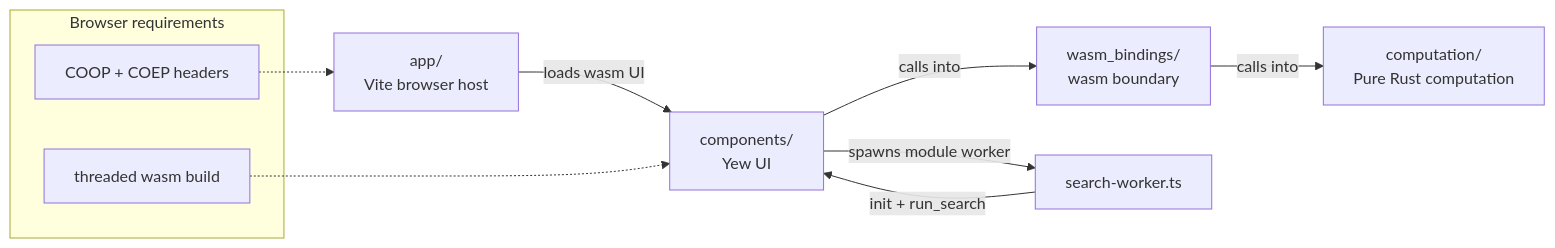
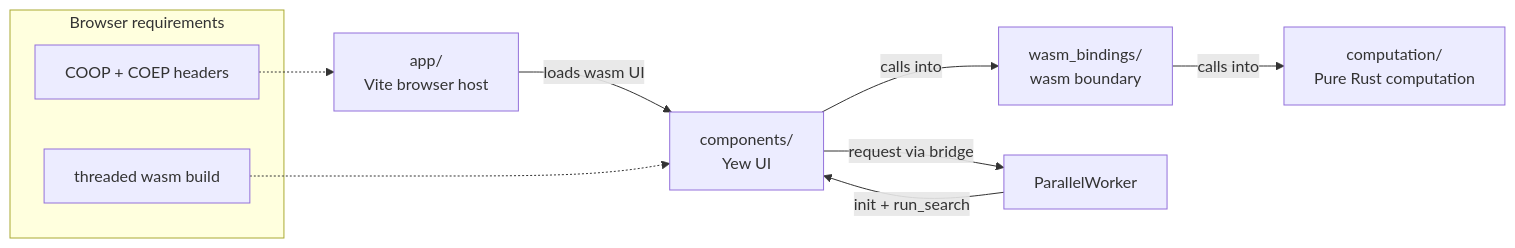
One commit to orxfun/orx-parallel-wasm-demos changed the diagram in tsp/yew/README.md. Above: the diagram before and after it, drawn with Mermaid. The commit also changed other lines of this file and 22 other files, not shown here.

````diff
--- a/tsp/yew/README.md
+++ b/tsp/yew/README.md
@@ -17,16 +17,16 @@
 ```mermaid
 flowchart LR
-   A[app/\nVite browser host] -->|loads wasm UI| UI[components/\nYew UI]
+      A[app/\nVite browser host] -->|loads wasm UI| UI[components/\nYew UI]
     UI -->|calls into| WB[wasm_bindings/\nwasm boundary]
     WB -->|calls into| C[computation/\nPure Rust computation]
-    UI -->|spawns module worker| W[search-worker.ts]
+      UI -->|request via bridge| W[ParallelWorker]
     W -->|init + run_search| UI
 
     subgraph Browser requirements
         H[COOP + COEP headers]
         T[threaded wasm build]
     end
 
     H -.-> A
     T -.-> UI
 ```
````
